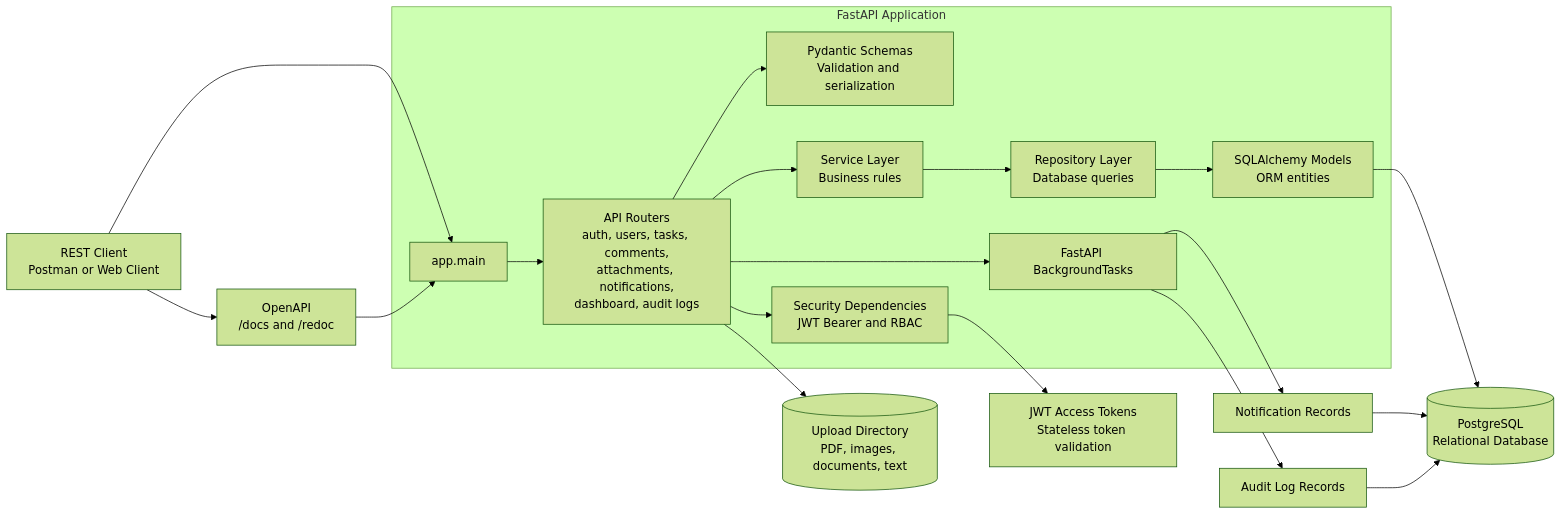
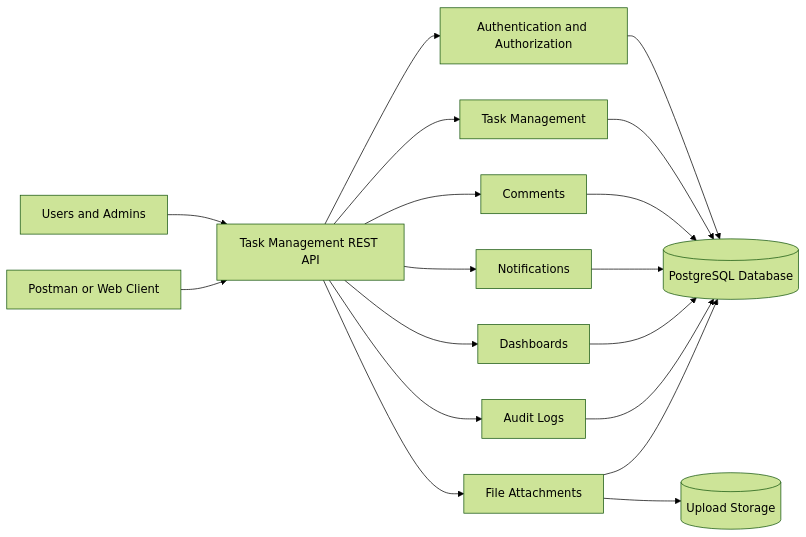
Before and after one commit to siddu907/Blood-prediction-using-finger-print-images: the diagram in performance metrix/ARCHITECTURE.md, drawn with Mermaid (forest theme). The commit also changed other lines of this file, not shown here.

````diff
--- a/performance metrix/ARCHITECTURE.md
+++ b/performance metrix/ARCHITECTURE.md
@@ -3,39 +3,22 @@
 ```mermaid
 flowchart LR
-    Client[REST Client<br/>Postman or Web Client]
-    Docs[OpenAPI<br/>/docs and /redoc]
+    User[Users and Admins] --> API[Task Management REST API]
+    Client[Postman or Web Client] --> API
 
-    subgraph API[FastAPI Application]
-        Main[app.main]
-        Routers[API Routers<br/>auth, users, tasks, comments,<br/>attachments, notifications,<br/>dashboard, audit logs]
-        Schemas[Pydantic Schemas<br/>Validation and serialization]
-        Dependencies[Security Dependencies<br/>JWT Bearer and RBAC]
-        Services[Service Layer<br/>Business rules]
-        Repositories[Repository Layer<br/>Database queries]
-        Models[SQLAlchemy Models<br/>ORM entities]
-        Background[FastAPI BackgroundTasks]
-    end
+    API --> Auth[Authentication and Authorization]
+    API --> Tasks[Task Management]
+    API --> Comments[Comments]
+    API --> Files[File Attachments]
+    API --> Notifications[Notifications]
+    API --> Dashboards[Dashboards]
+    API --> Audit[Audit Logs]
 
-    Database[(PostgreSQL<br/>Relational Database)]
-    Storage[(Upload Directory<br/>PDF, images, documents, text)]
-    Notifications[Notification Records]
-    Audit[Audit Log Records]
-
-    Client --> Main
-    Client --> Docs
-    Docs --> Main
-    Main --> Routers
-    Routers --> Schemas
-    Routers --> Dependencies
-    Dependencies --> JWT[JWT Access Tokens<br/>Stateless token validation]
-    Routers --> Services
-    Services --> Repositories
-    Repositories --> Models
-    Models --> Database
-    Routers --> Storage
-    Routers --> Background
-    Background --> Notifications
-    Background --> Audit
+    Auth --> Database[(PostgreSQL Database)]
+    Tasks --> Database
+    Comments --> Database
     Notifications --> Database
+    Dashboards --> Database
     Audit --> Database
+    Files --> Database
+    Files --> Storage[(Upload Storage)]
 ```
````
